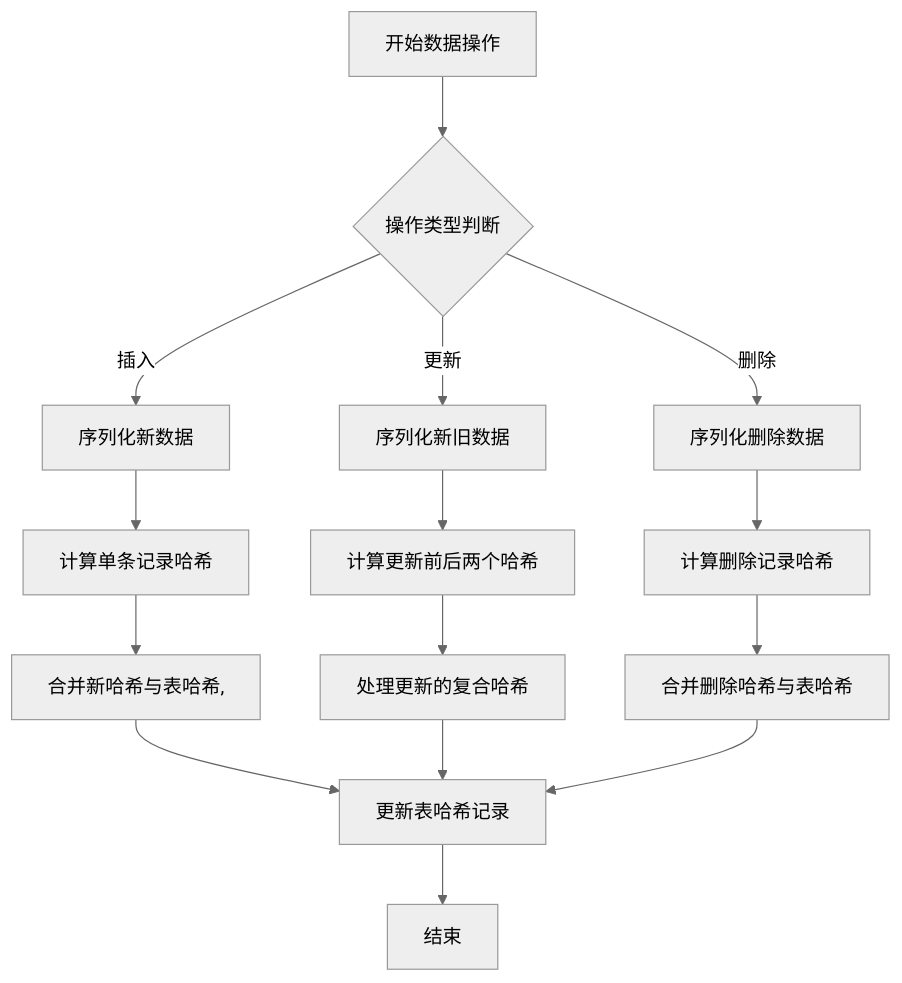
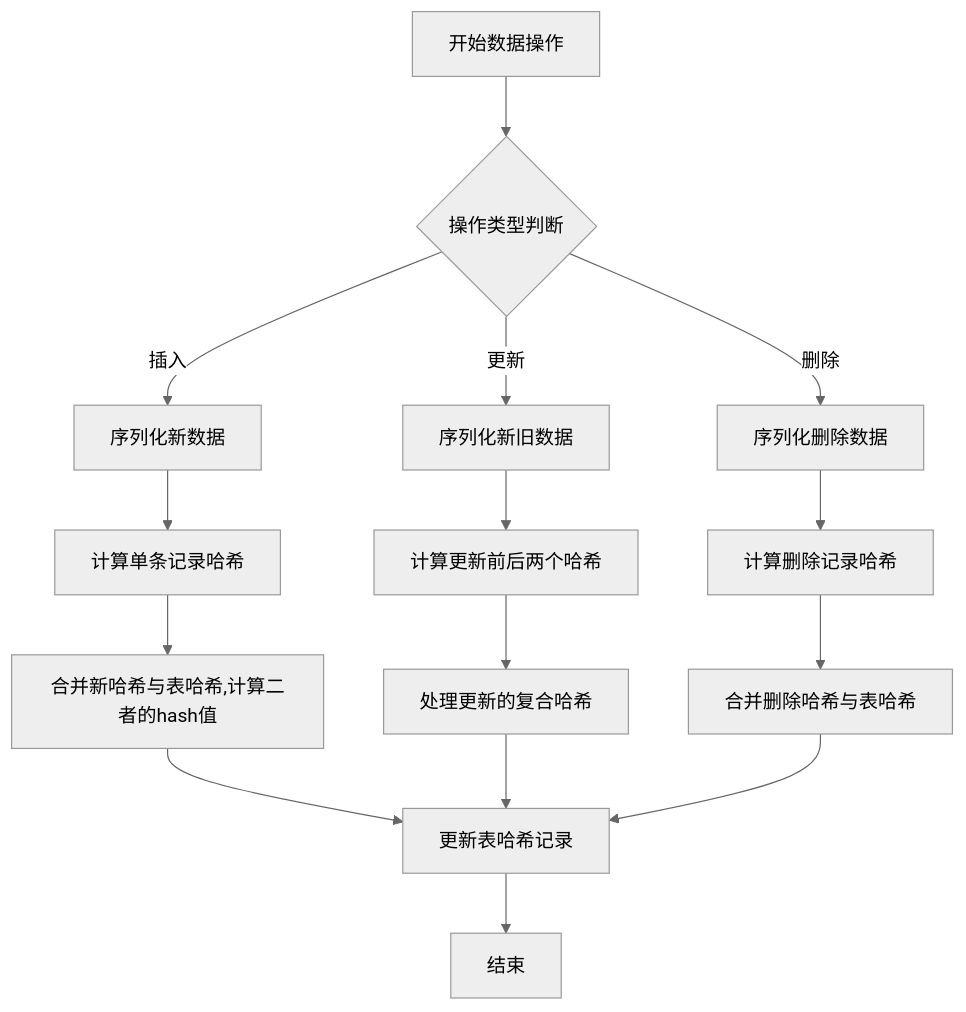
The diagram in all/未命名-63.md (yingjianzh/iodraw-files), drawn with Mermaid (neutral theme) before and after one commit.

Commit message:
2025-05-19 15:01:15 update

````diff
--- a/all/未命名-63.md
+++ b/all/未命名-63.md
@@ -1,21 +1,21 @@
 ```mermaid
 flowchart TD
     A[开始数据操作] --> B{操作类型判断}
     B -->|插入| C[序列化新数据]
     B -->|更新| D[序列化新旧数据]
     B -->|删除| E[序列化删除数据]
     
     C --> F[计算单条记录哈希]
     D --> G[计算更新前后两个哈希]
     E --> H[计算删除记录哈希]
     
-    F --> I[合并新哈希与表哈希,]
+    F --> I[合并新哈希与表哈希,计算二者的hash值]
     G --> J[处理更新的复合哈希]
     H --> K[合并删除哈希与表哈希]
     
     I --> L[更新表哈希记录]
     J --> L
     K --> L
     
     L --> M[结束]
 ```
````
